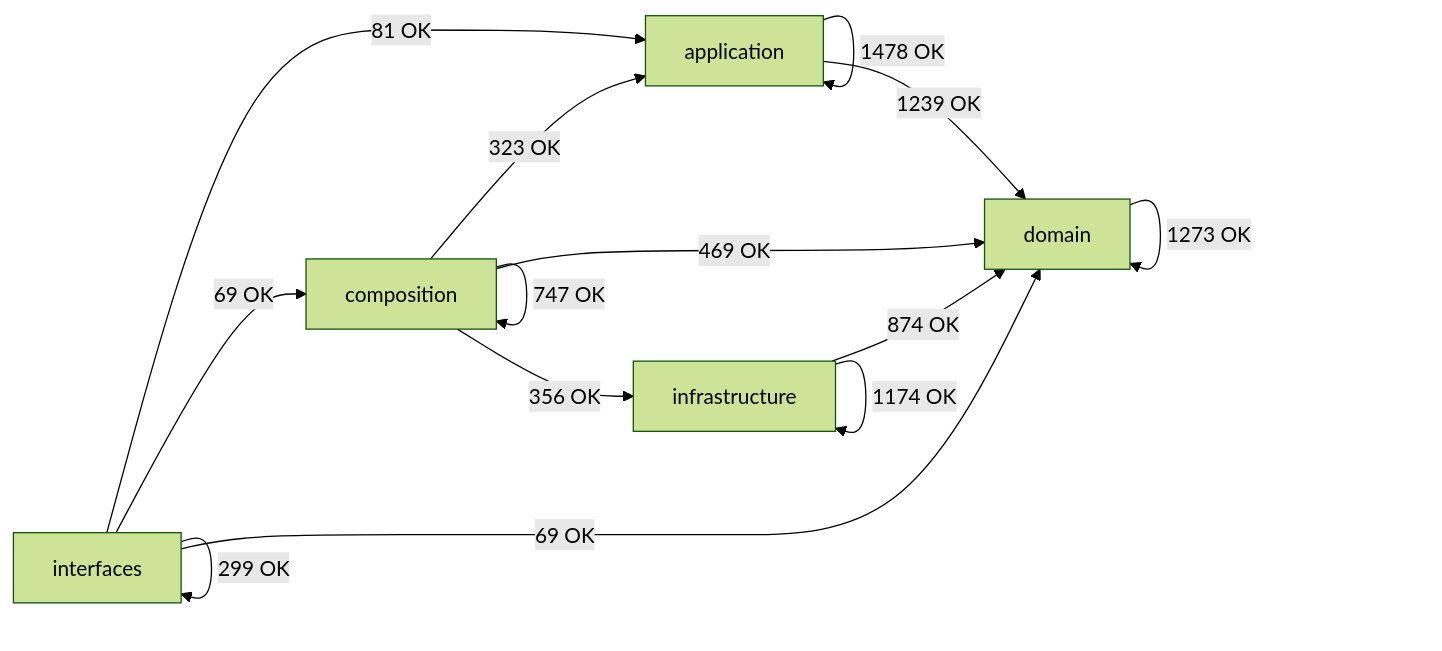
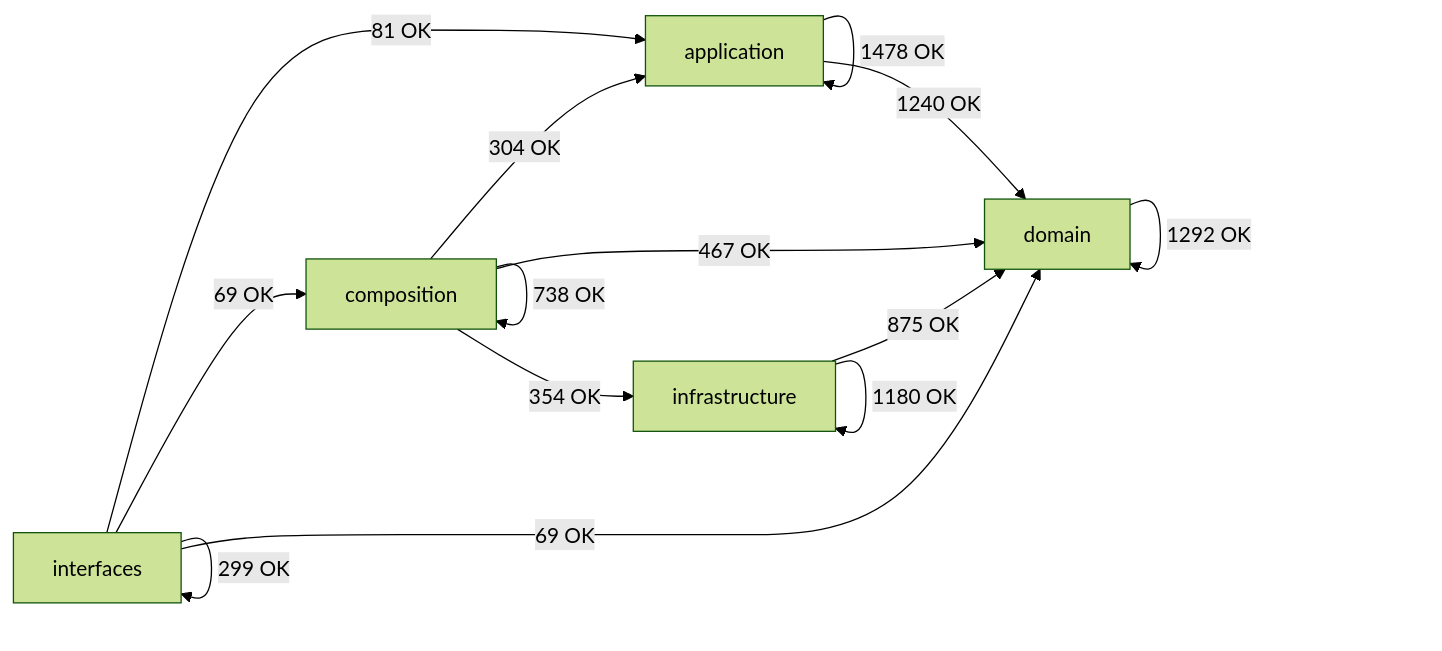
Before and after one commit to SatoryKono/BioactivityDataAcquisition: the diagram in docs/02-architecture/generated/module-dependency-map.md, drawn with Mermaid (forest theme). The commit also changed other lines of this file and 110 other files, not shown here.

````diff
--- a/docs/02-architecture/generated/module-dependency-map.md
+++ b/docs/02-architecture/generated/module-dependency-map.md
@@ -17,21 +17,21 @@
 ```mermaid
 flowchart LR
     domain[domain]
     application[application]
     infrastructure[infrastructure]
     composition[composition]
     interfaces[interfaces]
     application -->|1478 OK| application
-    application -->|1239 OK| domain
-    composition -->|323 OK| application
-    composition -->|747 OK| composition
-    composition -->|469 OK| domain
-    composition -->|356 OK| infrastructure
-    domain -->|1273 OK| domain
-    infrastructure -->|874 OK| domain
-    infrastructure -->|1174 OK| infrastructure
+    application -->|1240 OK| domain
+    composition -->|304 OK| application
+    composition -->|738 OK| composition
+    composition -->|467 OK| domain
+    composition -->|354 OK| infrastructure
+    domain -->|1292 OK| domain
+    infrastructure -->|875 OK| domain
+    infrastructure -->|1180 OK| infrastructure
     interfaces -->|81 OK| application
     interfaces -->|69 OK| composition
     interfaces -->|69 OK| domain
     interfaces -->|299 OK| interfaces
 ```
````
